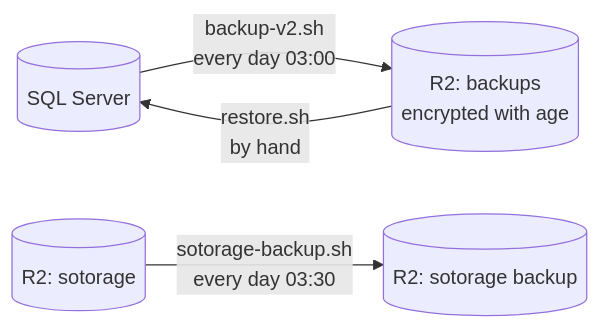
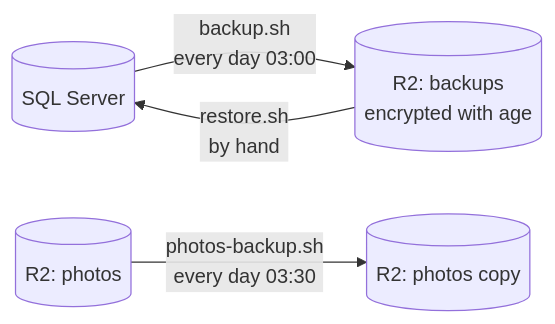
One commit to mendevz/Acxess changed the diagram in infrastructure/README.md. Above: the diagram before and after it, drawn with Mermaid. The commit also changed other lines of this file and 7 other files, not shown here.

````diff
--- a/infrastructure/README.md
+++ b/infrastructure/README.md
@@ -25,6 +25,6 @@
 ```mermaid
 flowchart LR
-    db[("SQL Server")] -->|"backup-v2.sh<br/>every day 03:00"| r2b[("R2: backups<br/>encrypted with age")]
-    sotorage[("R2: sotorage")] -->|"sotorage-backup.sh<br/>every day 03:30"| r2p[("R2: sotorage backup")]
+    db[("SQL Server")] -->|"backup.sh<br/>every day 03:00"| r2b[("R2: backups<br/>encrypted with age")]
+    photos[("R2: photos")] -->|"photos-backup.sh<br/>every day 03:30"| r2p[("R2: photos copy")]
     r2b -->|"restore.sh<br/>by hand"| db
 ```
````
